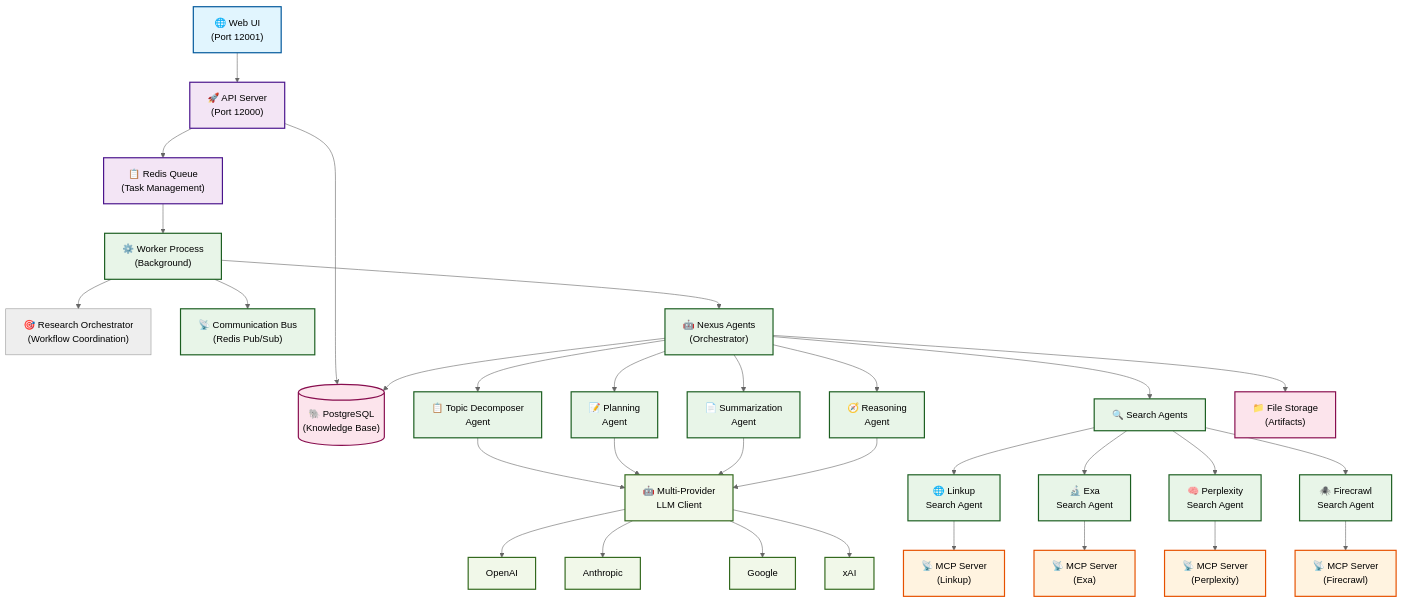
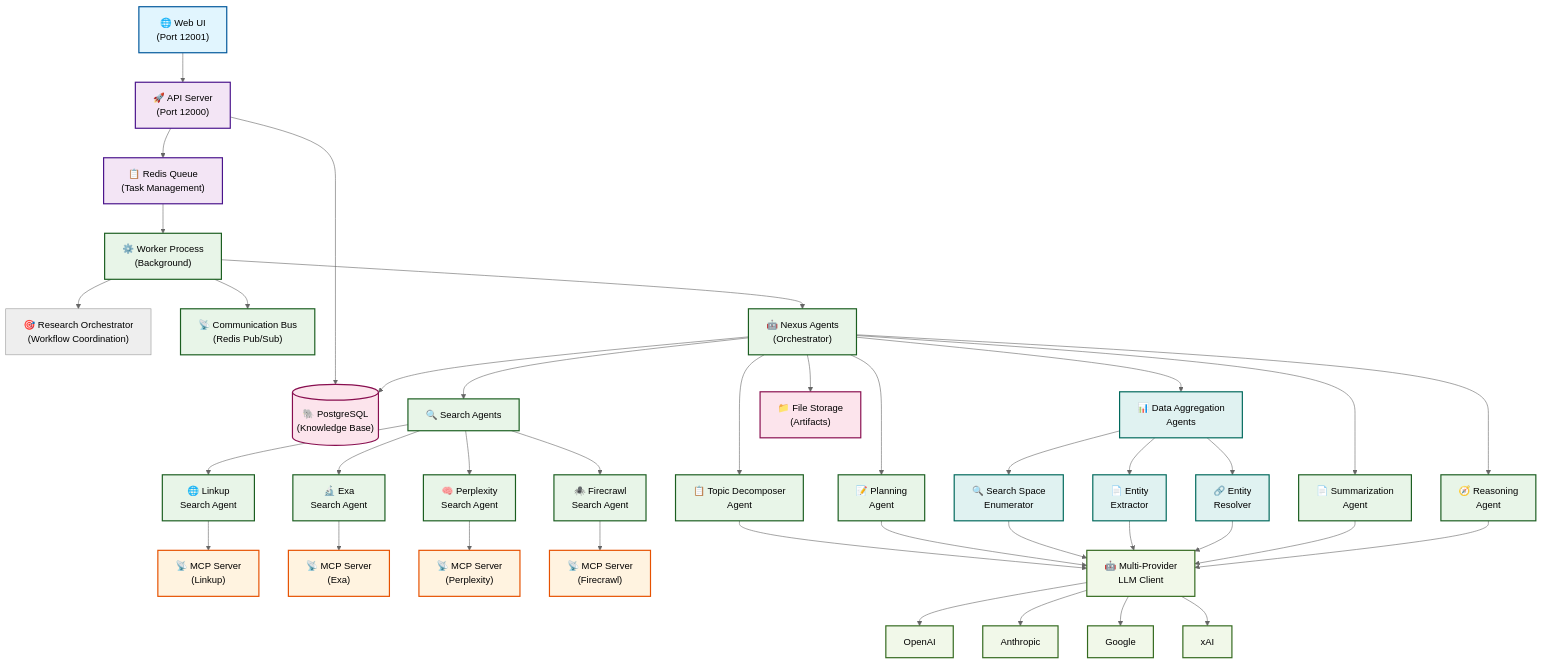
The diagram in README.md (trilogy-group/nexus-agents), drawn with Mermaid (neutral theme) before and after one commit. The commit also changed other lines of this file and 29 other files, not shown here.

First line of the commit message:
Implement data aggregation research type with CSV export and fix DOK workflow initialization

````diff
--- a/README.md
+++ b/README.md
@@ -9,69 +9,80 @@
 ```mermaid
 graph TB
     %% Web Interface Layer
     UI["🌐 Web UI<br/>(Port 12001)"] --> API["🚀 API Server<br/>(Port 12000)"]
     
     %% API and Queue Layer
     API --> RQ["📋 Redis Queue<br/>(Task Management)"]
     API --> DB[("🐘 PostgreSQL<br/>(Knowledge Base)")]
     
     %% Worker and Orchestration Layer
     RQ --> W["⚙️ Worker Process<br/>(Background)"]
     W --> RO["🎯 Research Orchestrator<br/>(Workflow Coordination)"]
     W --> CB["📡 Communication Bus<br/>(Redis Pub/Sub)"]
     
     %% Agent Orchestration
     W --> NA["🤖 Nexus Agents<br/>(Orchestrator)"]
     
     %% Research Planning Agents
     NA --> TDA["📋 Topic Decomposer<br/>Agent"]
     NA --> PA["📝 Planning<br/>Agent"]
     
     %% Search Agents Layer
     NA --> SA["🔍 Search Agents"]
     SA --> LSA["🌐 Linkup<br/>Search Agent"]
     SA --> ESA["🔬 Exa<br/>Search Agent"]
     SA --> PSA["🧠 Perplexity<br/>Search Agent"]
     SA --> FSA["🕷️ Firecrawl<br/>Search Agent"]
     
+    %% Data Aggregation Agents
+    NA --> DAA["📊 Data Aggregation<br/>Agents"]
+    DAA --> SSE["🔍 Search Space<br/>Enumerator"]
+    DAA --> EE["📄 Entity<br/>Extractor"]
+    DAA --> ER["🔗 Entity<br/>Resolver"]
+    
     %% MCP Integration
     LSA --> MCP1["📡 MCP Server<br/>(Linkup)"]
     ESA --> MCP2["📡 MCP Server<br/>(Exa)"]
     PSA --> MCP3["📡 MCP Server<br/>(Perplexity)"]
     FSA --> MCP4["📡 MCP Server<br/>(Firecrawl)"]
     
     %% Analysis Agents
     NA --> SUA["📄 Summarization<br/>Agent"]
     NA --> RA["🧭 Reasoning<br/>Agent"]
     
     %% Data Persistence
     NA --> DB
     NA --> FS["📁 File Storage<br/>(Artifacts)"]
     
     %% LLM Integration
     TDA --> LLM["🤖 Multi-Provider<br/>LLM Client"]
     PA --> LLM
+    SSE --> LLM
+    EE --> LLM
+    ER --> LLM
     SUA --> LLM
     RA --> LLM
     
     %% External APIs
     LLM --> OpenAI["OpenAI"]
     LLM --> Anthropic["Anthropic"]
     LLM --> Google["Google"]
     LLM --> XAI["xAI"]
     
     %% Styling
     classDef webLayer fill:#e1f5fe,stroke:#01579b,stroke-width:2px
     classDef apiLayer fill:#f3e5f5,stroke:#4a148c,stroke-width:2px
     classDef agentLayer fill:#e8f5e8,stroke:#1b5e20,stroke-width:2px
     classDef mcpLayer fill:#fff3e0,stroke:#e65100,stroke-width:2px
     classDef dataLayer fill:#fce4ec,stroke:#880e4f,stroke-width:2px
     classDef llmLayer fill:#f1f8e9,stroke:#33691e,stroke-width:2px
+    classDef dataAggLayer fill:#e0f2f1,stroke:#00695c,stroke-width:2px
     
     class UI webLayer
     class API,RQ apiLayer
     class W,CB,NA,TDA,PA,SA,LSA,ESA,PSA,FSA,SUA,RA agentLayer
+    class DAA,SSE,EE,ER dataAggLayer
     class MCP1,MCP2,MCP3,MCP4 mcpLayer
     class DB,FS dataLayer
     class LLM,OpenAI,Anthropic,Google,XAI llmLayer
 ```
````
